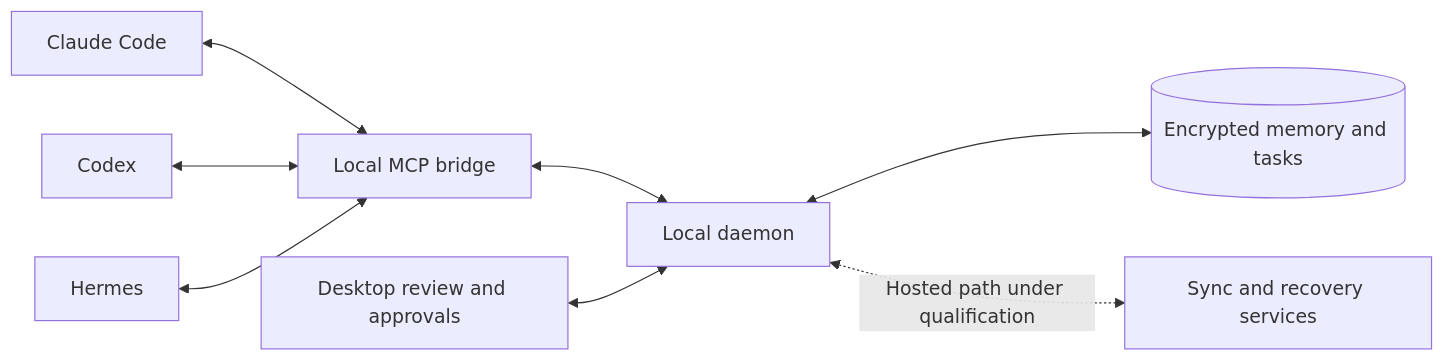
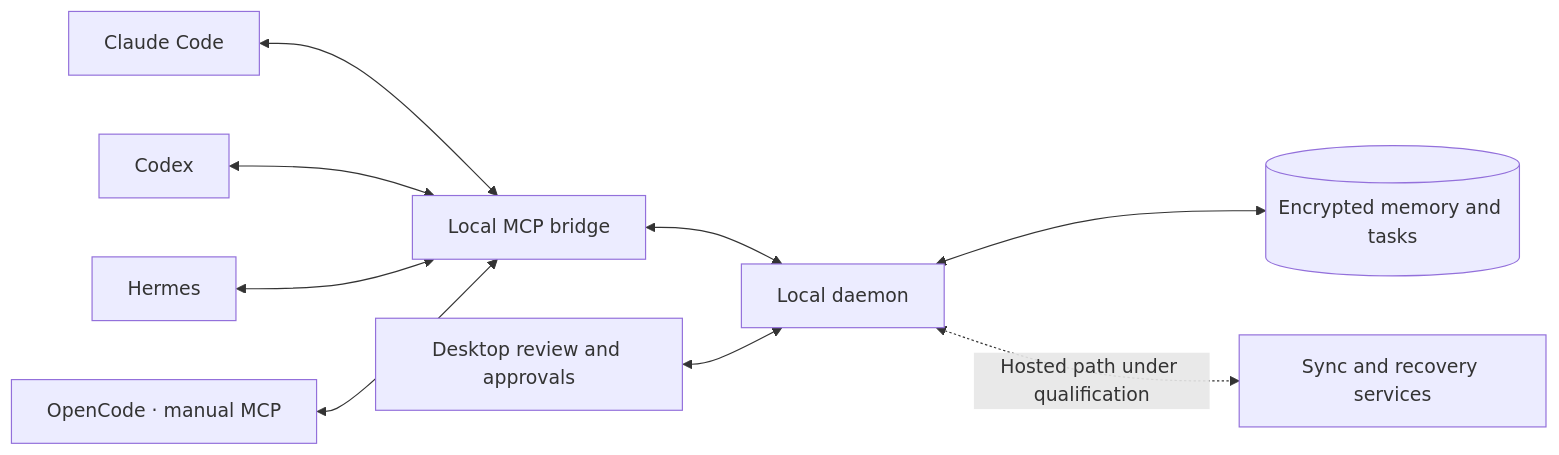
Before and after one commit to Skytuhua/Context-Relay: the diagram in README.md, drawn with Mermaid. The commit also changed other lines of this file and 135 other files, not shown here.

````diff
--- a/README.md
+++ b/README.md
@@ -66,10 +66,11 @@
 ```mermaid
 flowchart LR
     A[Claude Code] <--> M[Local MCP bridge]
     B[Codex] <--> M
     C[Hermes] <--> M
+    O[OpenCode · manual MCP] <--> M
     M <--> D[Local daemon]
     U[Desktop review and approvals] <--> D
     D <--> V[(Encrypted memory and tasks)]
     D <-. Hosted path under qualification .-> S[Sync and recovery services]
 ```
````
